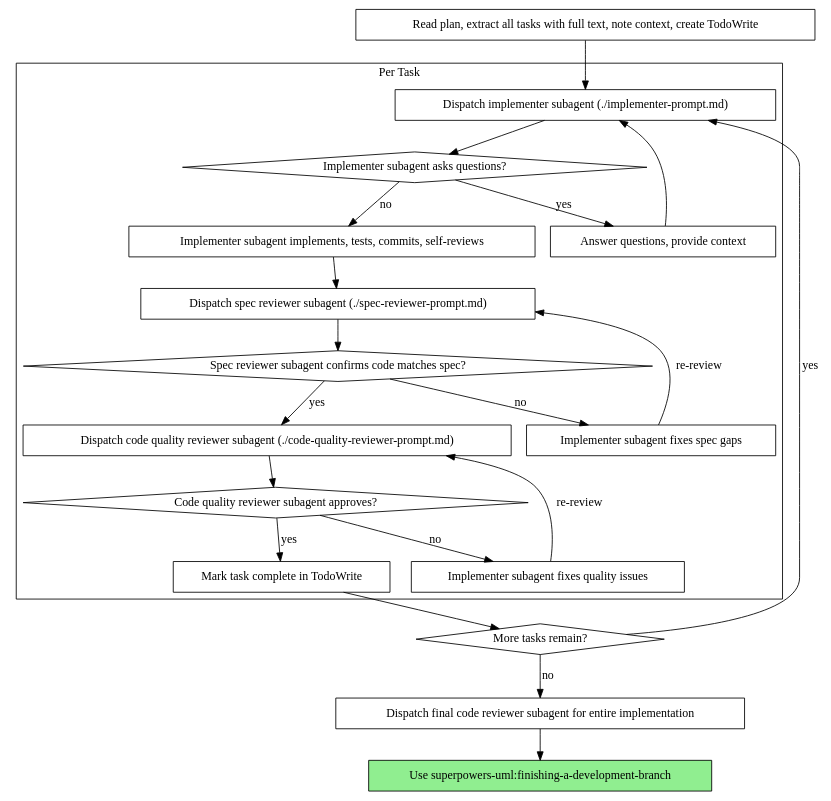
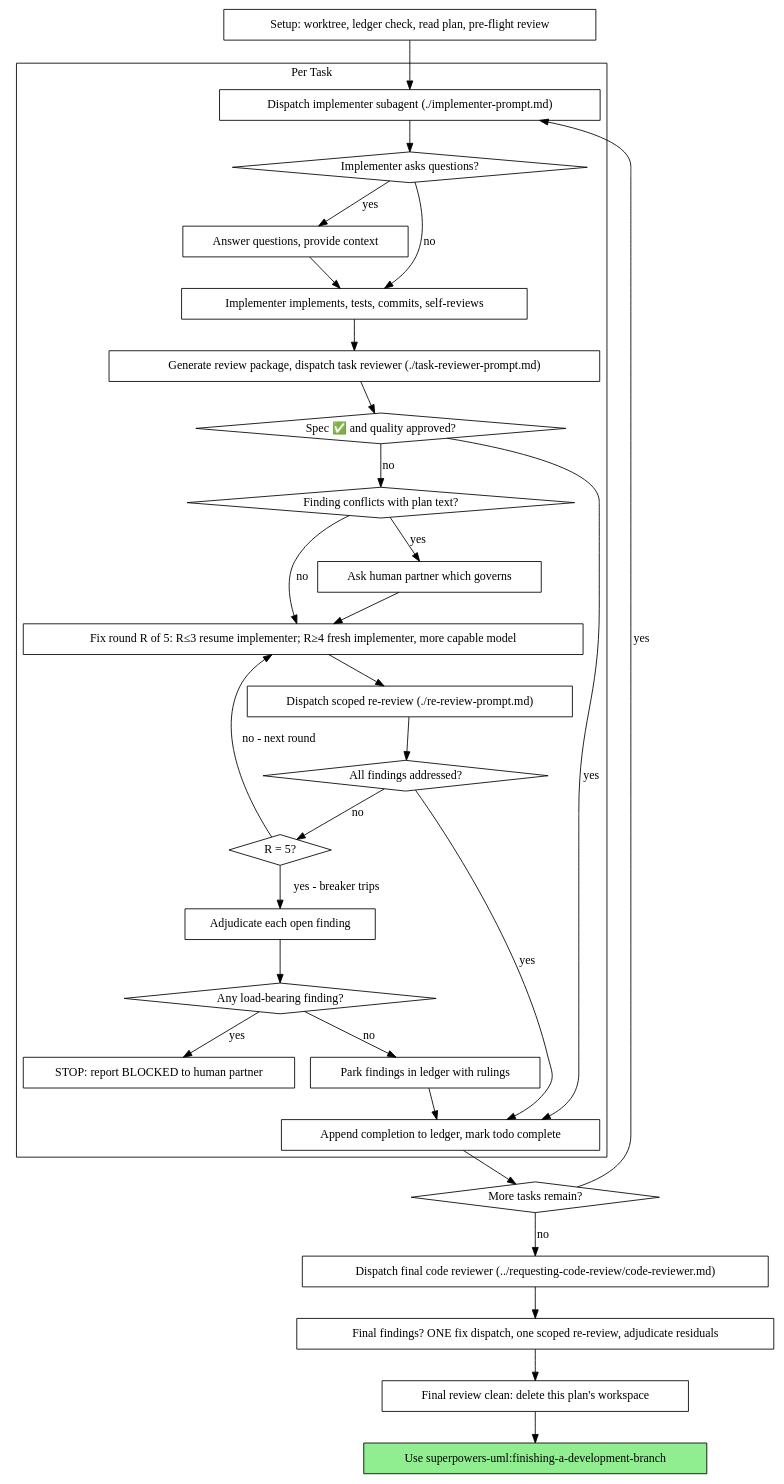
One commit to takaakit/superpowers-uml changed the second of 2 diagrams in plugins/superpowers-uml/skills/subagent-driven-development/SKILL.md. Above: the diagram before and after it, drawn with Graphviz. The commit also changed other lines of this file and 43 other files, not shown here.

````diff
--- a/plugins/superpowers-uml/skills/subagent-driven-development/SKILL.md
+++ b/plugins/superpowers-uml/skills/subagent-driven-development/SKILL.md
@@ -44,44 +47,62 @@
 ```dot
 digraph process {
     rankdir=TB;
 
     subgraph cluster_per_task {
         label="Per Task";
         "Dispatch implementer subagent (./implementer-prompt.md)" [shape=box];
-        "Implementer subagent asks questions?" [shape=diamond];
+        "Implementer asks questions?" [shape=diamond];
         "Answer questions, provide context" [shape=box];
-        "Implementer subagent implements, tests, commits, self-reviews" [shape=box];
-        "Dispatch spec reviewer subagent (./spec-reviewer-prompt.md)" [shape=box];
-        "Spec reviewer subagent confirms code matches spec?" [shape=diamond];
-        "Implementer subagent fixes spec gaps" [shape=box];
-        "Dispatch code quality reviewer subagent (./code-quality-reviewer-prompt.md)" [shape=box];
-        "Code quality reviewer subagent approves?" [shape=diamond];
-        "Implementer subagent fixes quality issues" [shape=box];
-        "Mark task complete in TodoWrite" [shape=box];
+        "Implementer implements, tests, commits, self-reviews" [shape=box];
+        "Generate review package, dispatch task reviewer (./task-reviewer-prompt.md)" [shape=box];
+        "Spec ✅ and quality approved?" [shape=diamond];
+        "Finding conflicts with plan text?" [shape=diamond];
+        "Ask human partner which governs" [shape=box];
+        "Fix round R of 5: R≤3 resume implementer; R≥4 fresh implementer, more capable model" [shape=box];
+        "Dispatch scoped re-review (./re-review-prompt.md)" [shape=box];
+        "All findings addressed?" [shape=diamond];
+        "R = 5?" [shape=diamond];
+        "Adjudicate each open finding" [shape=box];
+        "Any load-bearing finding?" [shape=diamond];
+        "STOP: report BLOCKED to human partner" [shape=box];
+        "Park findings in ledger with rulings" [shape=box];
+        "Append completion to ledger, mark todo complete" [shape=box];
     }
 
-    "Read plan, extract all tasks with full text, note context, create TodoWrite" [shape=box];
+    "Setup: worktree, ledger check, read plan, pre-flight review" [shape=box];
     "More tasks remain?" [shape=diamond];
-    "Dispatch final code reviewer subagent for entire implementation" [shape=box];
+    "Dispatch final code reviewer (../requesting-code-review/code-reviewer.md)" [shape=box];
+    "Final findings? ONE fix dispatch, one scoped re-review, adjudicate residuals" [shape=box];
+    "Final review clean: delete this plan's workspace" [shape=box];
     "Use superpowers-uml:finishing-a-development-branch" [shape=box style=filled fillcolor=lightgreen];
 
-    "Read plan, extract all tasks with full text, note context, create TodoWrite" -> "Dispatch implementer subagent (./implementer-prompt.md)";
-    "Dispatch implementer subagent (./implementer-prompt.md)" -> "Implementer subagent asks questions?";
-    "Implementer subagent asks questions?" -> "Answer questions, provide context" [label="yes"];
-    "Answer questions, provide context" -> "Dispatch implementer subagent (./implementer-prompt.md)";
-    "Implementer subagent asks questions?" -> "Implementer subagent implements, tests, commits, self-reviews" [label="no"];
-    "Implementer subagent implements, tests, commits, self-reviews" -> "Dispatch spec reviewer subagent (./spec-reviewer-prompt.md)";
-    "Dispatch spec reviewer subagent (./spec-reviewer-prompt.md)" -> "Spec reviewer subagent confirms code matches spec?";
-    "Spec reviewer subagent confirms code matches spec?" -> "Implementer subagent fixes spec gaps" [label="no"];
-    "Implementer subagent fixes spec gaps" -> "Dispatch spec reviewer subagent (./spec-reviewer-prompt.md)" [label="re-review"];
-    "Spec reviewer subagent confirms code matches spec?" -> "Dispatch code quality reviewer subagent (./code-quality-reviewer-prompt.md)" [label="yes"];
-    "Dispatch code quality reviewer subagent (./code-quality-reviewer-prompt.md)" -> "Code quality reviewer subagent approves?";
-    "Code quality reviewer subagent approves?" -> "Implementer subagent fixes quality issues" [label="no"];
-    "Implementer subagent fixes quality issues" -> "Dispatch code quality reviewer subagent (./code-quality-reviewer-prompt.md)" [label="re-review"];
-    "Code quality reviewer subagent approves?" -> "Mark task complete in TodoWrite" [label="yes"];
-    "Mark task complete in TodoWrite" -> "More tasks remain?";
+    "Setup: worktree, ledger check, read plan, pre-flight review" -> "Dispatch implementer subagent (./implementer-prompt.md)";
+    "Dispatch implementer subagent (./implementer-prompt.md)" -> "Implementer asks questions?";
+    "Implementer asks questions?" -> "Answer questions, provide context" [label="yes"];
+    "Answer questions, provide context" -> "Implementer implements, tests, commits, self-reviews";
+    "Implementer asks questions?" -> "Implementer implements, tests, commits, self-reviews" [label="no"];
+    "Implementer implements, tests, commits, self-reviews" -> "Generate review package, dispatch task reviewer (./task-reviewer-prompt.md)";
+    "Generate review package, dispatch task reviewer (./task-reviewer-prompt.md)" -> "Spec ✅ and quality approved?";
+    "Spec ✅ and quality approved?" -> "Append completion to ledger, mark todo complete" [label="yes"];
+    "Spec ✅ and quality approved?" -> "Finding conflicts with plan text?" [label="no"];
+    "Finding conflicts with plan text?" -> "Ask human partner which governs" [label="yes"];
+    "Ask human partner which governs" -> "Fix round R of 5: R≤3 resume implementer; R≥4 fresh implementer, more capable model";
+    "Finding conflicts with plan text?" -> "Fix round R of 5: R≤3 resume implementer; R≥4 fresh implementer, more capable model" [label="no"];
+    "Fix round R of 5: R≤3 resume implementer; R≥4 fresh implementer, more capable model" -> "Dispatch scoped re-review (./re-review-prompt.md)";
+    "Dispatch scoped re-review (./re-review-prompt.md)" -> "All findings addressed?";
+    "All findings addressed?" -> "Append completion to ledger, mark todo complete" [label="yes"];
+    "All findings addressed?" -> "R = 5?" [label="no"];
+    "R = 5?" -> "Fix round R of 5: R≤3 resume implementer; R≥4 fresh implementer, more capable model" [label="no - next round"];
+    "R = 5?" -> "Adjudicate each open finding" [label="yes - breaker trips"];
+    "Adjudicate each open finding" -> "Any load-bearing finding?";
+    "Any load-bearing finding?" -> "STOP: report BLOCKED to human partner" [label="yes"];
+    "Any load-bearing finding?" -> "Park findings in ledger with rulings" [label="no"];
+    "Park findings in ledger with rulings" -> "Append completion to ledger, mark todo complete";
+    "Append completion to ledger, mark todo complete" -> "More tasks remain?";
     "More tasks remain?" -> "Dispatch implementer subagent (./implementer-prompt.md)" [label="yes"];
-    "More tasks remain?" -> "Dispatch final code reviewer subagent for entire implementation" [label="no"];
-    "Dispatch final code reviewer subagent for entire implementation" -> "Use superpowers-uml:finishing-a-development-branch";
+    "More tasks remain?" -> "Dispatch final code reviewer (../requesting-code-review/code-reviewer.md)" [label="no"];
+    "Dispatch final code reviewer (../requesting-code-review/code-reviewer.md)" -> "Final findings? ONE fix dispatch, one scoped re-review, adjudicate residuals";
+    "Final findings? ONE fix dispatch, one scoped re-review, adjudicate residuals" -> "Final review clean: delete this plan's workspace";
+    "Final review clean: delete this plan's workspace" -> "Use superpowers-uml:finishing-a-development-branch";
 }
 ```
````
